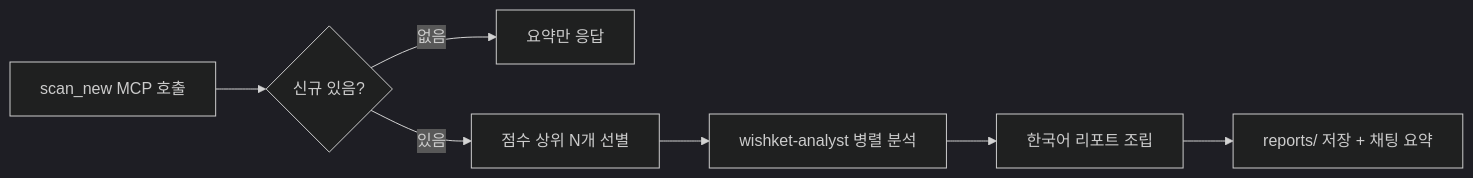
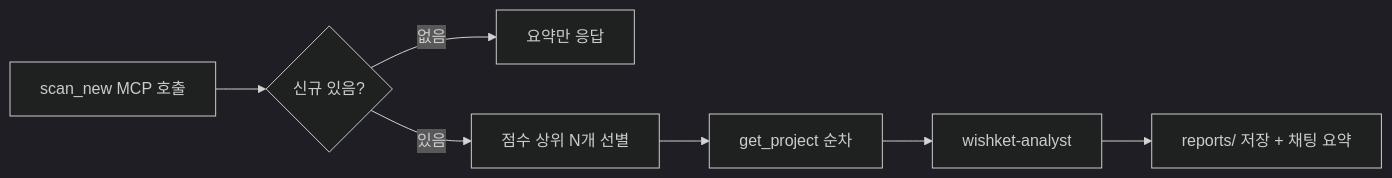
Before and after one commit to epicsagas/wishket-radar: the diagram in skills/wishket-scout/SKILL.md, drawn with Mermaid (dark theme). The commit also changed other lines of this file and 15 other files, not shown here.

````diff
--- a/skills/wishket-scout/SKILL.md
+++ b/skills/wishket-scout/SKILL.md
@@ -10,9 +10,9 @@
 ```mermaid
 flowchart LR
     A[scan_new MCP 호출] --> B{신규 있음?}
     B -- 없음 --> Z[요약만 응답]
     B -- 있음 --> C[점수 상위 N개 선별]
-    C --> D[wishket-analyst 병렬 분석]
-    D --> E[한국어 리포트 조립]
+    C --> D[get_project 순차]
+    D --> E[wishket-analyst]
     E --> F[reports/ 저장 + 채팅 요약]
 ```
````
